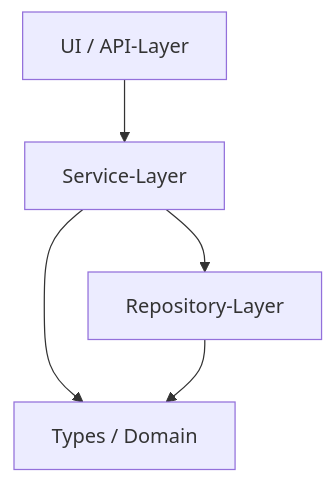
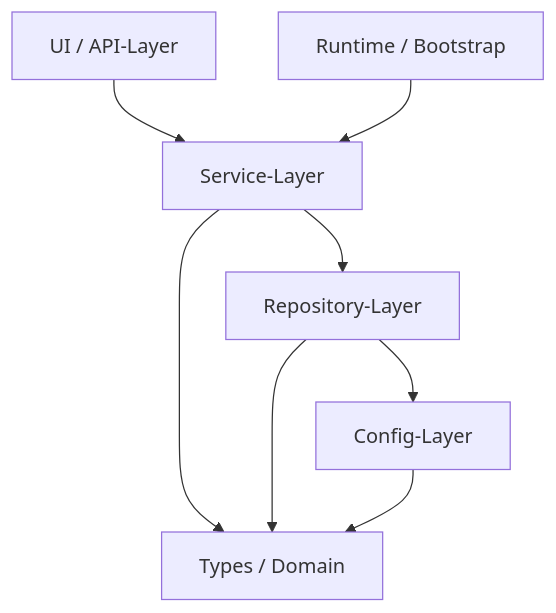
Before and after one commit to pt9912/ai-harness-course: the first of 2 diagrams in lab/templates/spec/architecture.template.md, drawn with Mermaid. The commit also changed other lines of this file and 25 other files, not shown here.

````diff
--- a/lab/templates/spec/architecture.template.md
+++ b/lab/templates/spec/architecture.template.md
@@ -33,12 +39,17 @@
 ```mermaid
 flowchart TB
     UI[UI / API-Layer]
+    Runtime[Runtime / Bootstrap]
     Service[Service-Layer]
     Repo[Repository-Layer]
+    Config[Config-Layer]
     Types[Types / Domain]
-    
+
     UI --> Service
+    Runtime --> Service
     Service --> Repo
     Service --> Types
+    Repo --> Config
     Repo --> Types
+    Config --> Types
 ```
````
